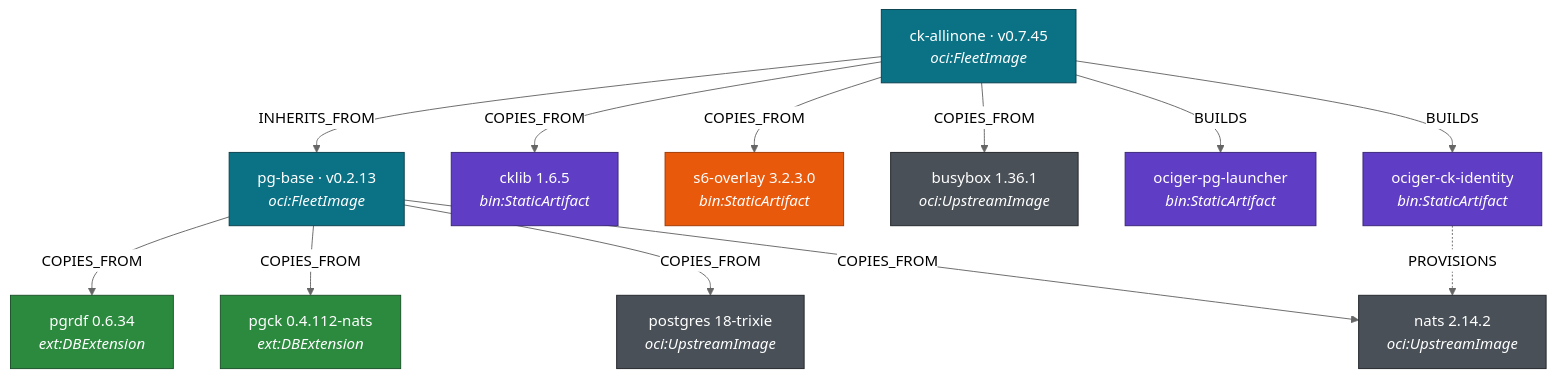
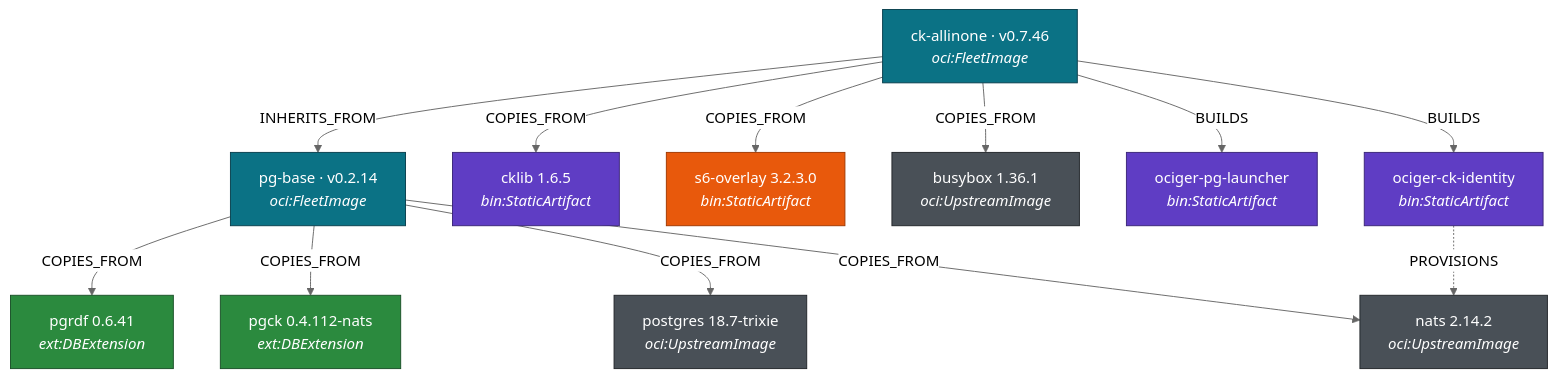
Before and after one commit to sporaxis-com/oci-germination: the diagram in README.md, drawn with Mermaid (neutral theme). The commit also changed other lines of this file and 8 other files, not shown here.

````diff
--- a/README.md
+++ b/README.md
@@ -102,32 +102,32 @@
 ```mermaid
 graph TD
-  ck["ck-allinone · v0.7.45<br/><i>oci:FleetImage</i>"]:::fleet
-  base["pg-base · v0.2.13<br/><i>oci:FleetImage</i>"]:::fleet
-  pgrdf["pgrdf 0.6.34<br/><i>ext:DBExtension</i>"]:::ext
+  ck["ck-allinone · v0.7.46<br/><i>oci:FleetImage</i>"]:::fleet
+  base["pg-base · v0.2.14<br/><i>oci:FleetImage</i>"]:::fleet
+  pgrdf["pgrdf 0.6.41<br/><i>ext:DBExtension</i>"]:::ext
   pgck["pgck 0.4.112-nats<br/><i>ext:DBExtension</i>"]:::ext
   cklib["cklib 1.6.5<br/><i>bin:StaticArtifact</i>"]:::art
   s6["s6-overlay 3.2.3.0<br/><i>bin:StaticArtifact</i>"]:::warn
   bb["busybox 1.36.1<br/><i>oci:UpstreamImage</i>"]:::up
-  pg["postgres 18-trixie<br/><i>oci:UpstreamImage</i>"]:::up
+  pg["postgres 18.7-trixie<br/><i>oci:UpstreamImage</i>"]:::up
   nats["nats 2.14.2<br/><i>oci:UpstreamImage</i>"]:::up
   launcher["ociger-pg-launcher<br/><i>bin:StaticArtifact</i>"]:::art
   ident["ociger-ck-identity<br/><i>bin:StaticArtifact</i>"]:::art
 
   base -->|COPIES_FROM| pgrdf
   base -->|COPIES_FROM| pgck
   base -->|COPIES_FROM| pg
   base -->|COPIES_FROM| nats
   ck -->|INHERITS_FROM| base
   ck -->|COPIES_FROM| cklib
   ck -->|COPIES_FROM| bb
   ck -->|COPIES_FROM| s6
   ck -->|BUILDS| launcher
   ck -->|BUILDS| ident
   ident -.->|PROVISIONS| nats
 
   classDef fleet fill:#0b7285,stroke:#083f4d,color:#fff;
   classDef ext fill:#2b8a3e,stroke:#1a5028,color:#fff;
   classDef art fill:#5f3dc4,stroke:#3a2578,color:#fff;
   classDef up fill:#495057,stroke:#212529,color:#fff;
   classDef warn fill:#e8590c,stroke:#a03800,color:#fff;
 ```
````
